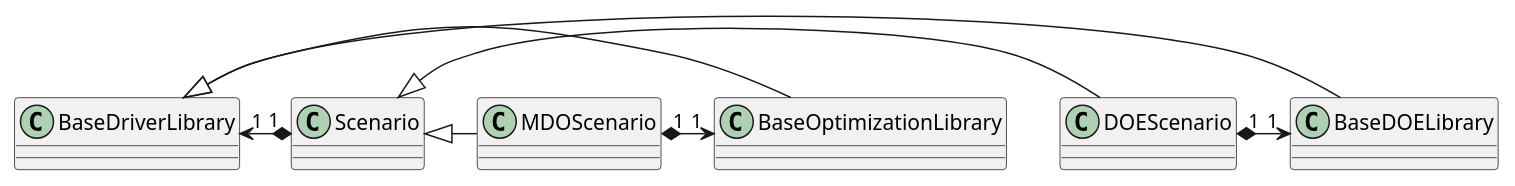
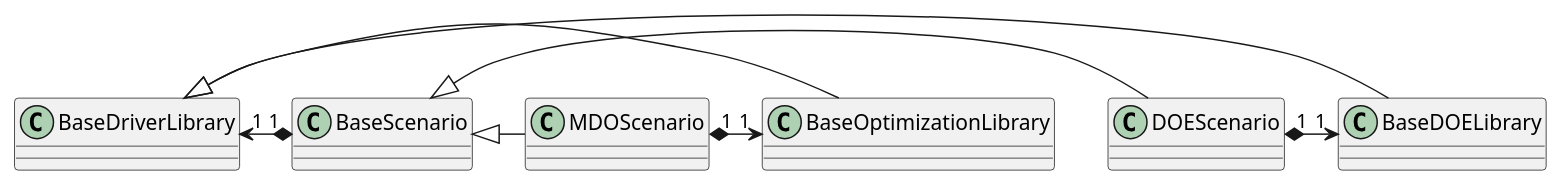
Before and after one commit to gemseo/gemseo: the fourth of 5 diagrams in doc_src/software/system_architecture.rst, drawn with PlantUML. The commit also changed other lines of this file and 178 other files, not shown here.

Commit message:
feat: rename Scenario to BaseScenario + execution method

```diff
--- a/doc_src/software/system_architecture.rst
+++ b/doc_src/software/system_architecture.rst
@@ -315,24 +315,24 @@
 .. uml::
 
    @startuml
-   class Scenario {
+   class BaseScenario {
    }
    class BaseDriverLibrary {
    }
    class BaseDOELibrary {
    }
    class BaseOptimizationLibrary {
    }
    class MDOScenario {
    }
    class DOEScenario {
    }
 
    BaseDOELibrary -up|> BaseDriverLibrary
    BaseOptimizationLibrary -up|> BaseDriverLibrary
-   Scenario "1" *-up> "1" BaseDriverLibrary
+   BaseScenario "1" *-up> "1" BaseDriverLibrary
    DOEScenario "1" *-> "1" BaseDOELibrary
    MDOScenario "1" *-> "1" BaseOptimizationLibrary
-   MDOScenario -up|> Scenario
-   DOEScenario -up|> Scenario
+   MDOScenario -up|> BaseScenario
+   DOEScenario -up|> BaseScenario
    @end uml
```
